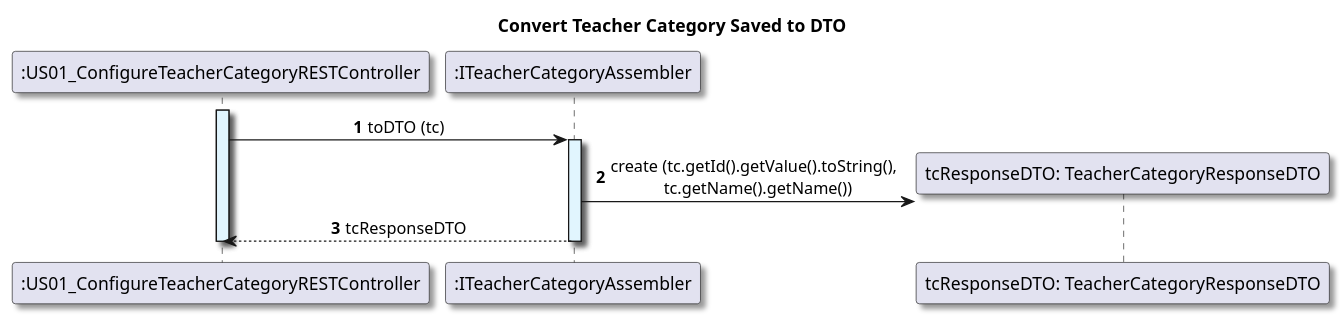
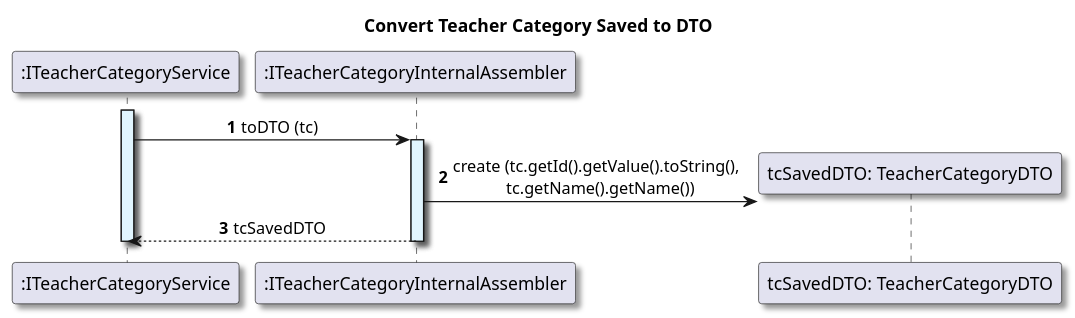
The diagram in docs/US01/Sprint6_RestAPI/ScenarioView/References/US01_convertTeacherCategorySavedToDTO.puml (GasparISEP/DevOps-PAI), drawn with PlantUML before and after one commit.

Commit message:
refactor (scenario): update a reference to convert domain to DTO (#532, #613)

```diff
--- a/docs/US01/Sprint6_RestAPI/ScenarioView/References/US01_convertTeacherCategorySavedToDTO.puml
+++ b/docs/US01/Sprint6_RestAPI/ScenarioView/References/US01_convertTeacherCategorySavedToDTO.puml
@@ -1,27 +1,27 @@
 @startuml
 
 title Convert Teacher Category Saved to DTO
 
 autonumber
 skinparam {
   ActivityPadding 2
   ActivityMargin 2
   BoxPadding 2
 }
 skinparam defaultTextAlignment center
 skinparam shadowing true
 
-participant ":US01_ConfigureTeacherCategoryRESTController" as Controller
-participant ":ITeacherCategoryAssembler" as tcAssembler
-activate Controller #E1F5FE
-Controller -> tcAssembler: toDTO (tc)
+participant ":ITeacherCategoryService" as Service
+participant ":ITeacherCategoryInternalAssembler" as tcAssembler
+activate Service #E1F5FE
+Service -> tcAssembler: toDTO (tc)
 activate tcAssembler #E1F5FE
 
-create "tcResponseDTO: TeacherCategoryResponseDTO"
-tcAssembler -> "tcResponseDTO: TeacherCategoryResponseDTO": create (tc.getId().getValue().toString(), \n tc.getName().getName())
+create "tcSavedDTO: TeacherCategoryDTO"
+tcAssembler -> "tcSavedDTO: TeacherCategoryDTO": create (tc.getId().getValue().toString(), \n tc.getName().getName())
 
-tcAssembler --> Controller: tcResponseDTO
+tcAssembler --> Service: tcSavedDTO
 deactivate tcAssembler
-deactivate Controller
+deactivate Service
 
 @enduml
```
